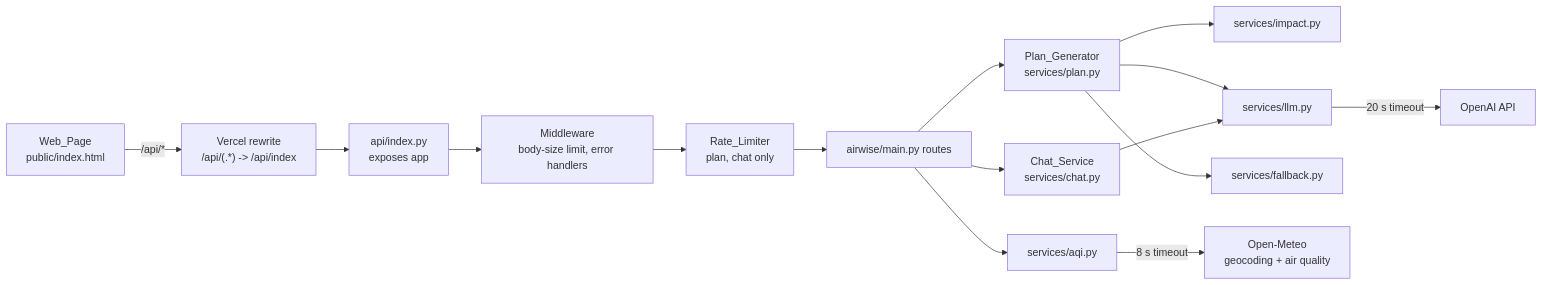
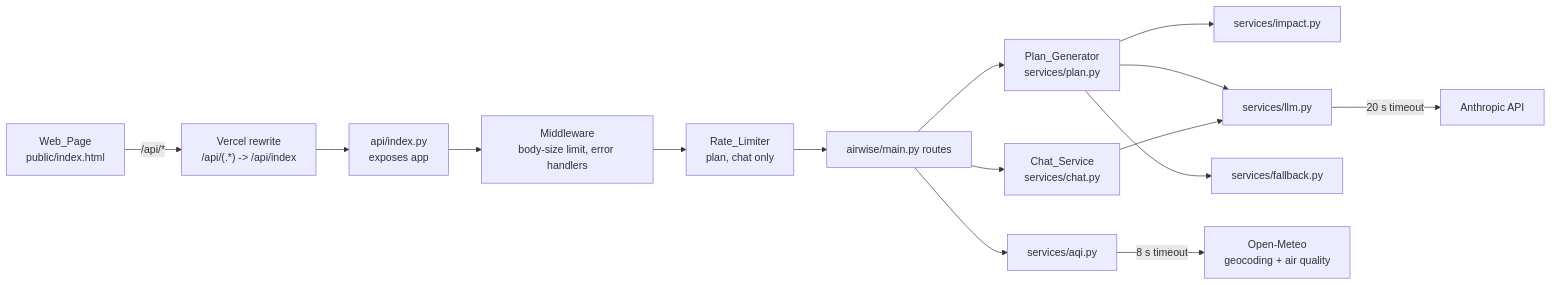
One commit to ankiwork-lgtm/airwise changed the first of 2 diagrams in .kiro/specs/airwise/design.md. Above: the diagram before and after it, drawn with Mermaid. The commit also changed other lines of this file and 21 other files, not shown here.

Commit message:
feat(llm): switch LLM provider from OpenAI to Anthropic

````diff
--- a/.kiro/specs/airwise/design.md
+++ b/.kiro/specs/airwise/design.md
@@ -38,17 +38,17 @@
 ```mermaid
 flowchart LR
     Browser["Web_Page<br/>public/index.html"] -->|"/api/*"| Vercel["Vercel rewrite<br/>/api/(.*) -> /api/index"]
     Vercel --> Entry["api/index.py<br/>exposes app"]
     Entry --> MW["Middleware<br/>body-size limit, error handlers"]
     MW --> RL["Rate_Limiter<br/>plan, chat only"]
     RL --> Routes["airwise/main.py routes"]
     Routes --> AQI["services/aqi.py"]
     Routes --> PG["Plan_Generator<br/>services/plan.py"]
     Routes --> Chat["Chat_Service<br/>services/chat.py"]
     PG --> IMP["services/impact.py"]
     PG --> LLM["services/llm.py"]
     PG --> FB["services/fallback.py"]
     Chat --> LLM
     AQI -->|"8 s timeout"| OM["Open-Meteo<br/>geocoding + air quality"]
-    LLM -->|"20 s timeout"| OAI["OpenAI API"]
+    LLM -->|"20 s timeout"| OAI["Anthropic API"]
 ```
````
